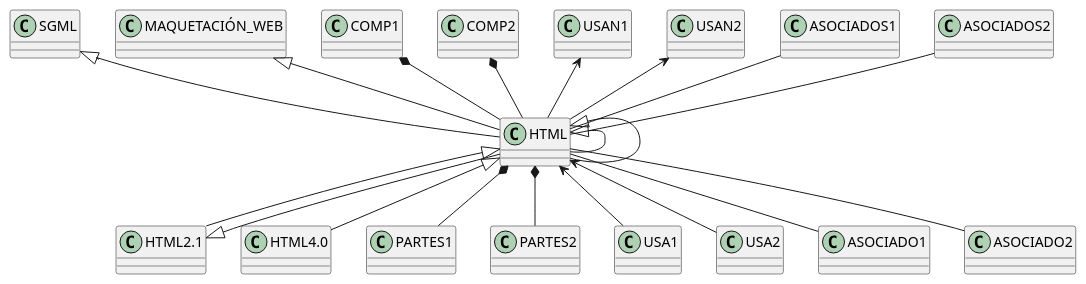
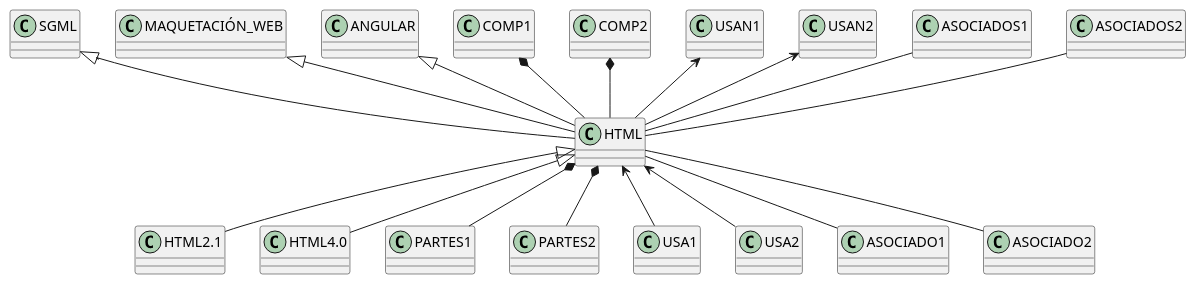
The diagram in relman/images/contextHTML.plantuml (CodeURJC-DAW-2018-19/santatecla-relaciones-2), drawn with PlantUML before and after one commit. The commit also changed 29 other files, not shown here.

```diff
--- a/relman/images/contextHTML.plantuml
+++ b/relman/images/contextHTML.plantuml
@@ -1,22 +1,20 @@
 @startuml 
  set namespaceSeparator none
 SGML <|-- HTML
 MAQUETACIÓN_WEB <|-- HTML
-HTML <|-- HTML
-HTML2.1 <|-- HTML
+ANGULAR <|-- HTML
 COMP1 *-- HTML
 COMP2 *-- HTML
 USAN1 <-- HTML
 USAN2 <-- HTML
 ASOCIADOS1 -- HTML
 ASOCIADOS2 -- HTML
 HTML <|-- HTML2.1
 HTML <|-- HTML4.0
-HTML <|-- HTML
 HTML *-- PARTES1
 HTML *-- PARTES2
 HTML <-- USA1
 HTML <-- USA2
 HTML -- ASOCIADO1
 HTML -- ASOCIADO2
 @enduml
```
